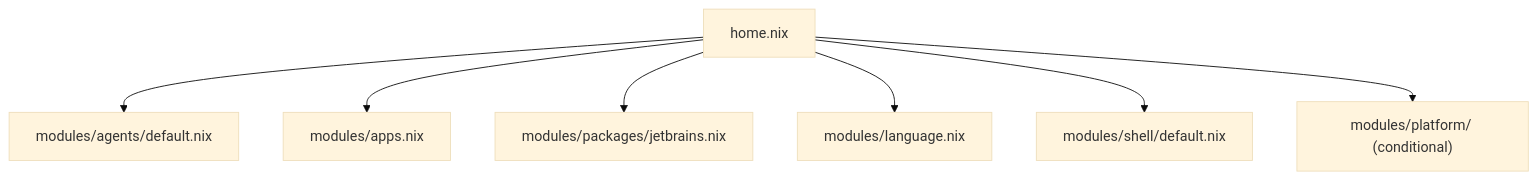
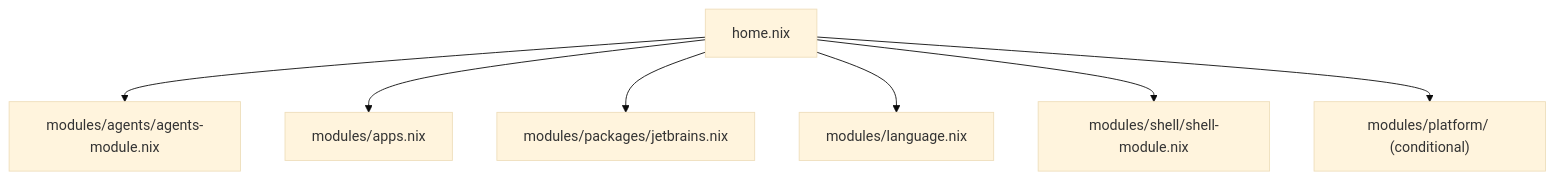
One commit to vanillacake369/tonys-nix changed the diagram in docs/architecture/module-system.md. Above: the diagram before and after it, drawn with Mermaid (base theme). The commit also changed other lines of this file and 14 other files, not shown here.

````diff
--- a/docs/architecture/module-system.md
+++ b/docs/architecture/module-system.md
@@ -72,17 +72,17 @@
 ```mermaid
 flowchart TD
     homeNix["home.nix"]
-    agents["modules/agents/default.nix"]
+    agents["modules/agents/agents-module.nix"]
     apps["modules/apps.nix"]
     jetbrains["modules/packages/jetbrains.nix"]
     language["modules/language.nix"]
-    shell["modules/shell/default.nix"]
+    shell["modules/shell/shell-module.nix"]
     platform["modules/platform/ (conditional)"]
 
     homeNix --> agents
     homeNix --> apps
     homeNix --> jetbrains
     homeNix --> language
     homeNix --> shell
     homeNix --> platform
 ```
````
